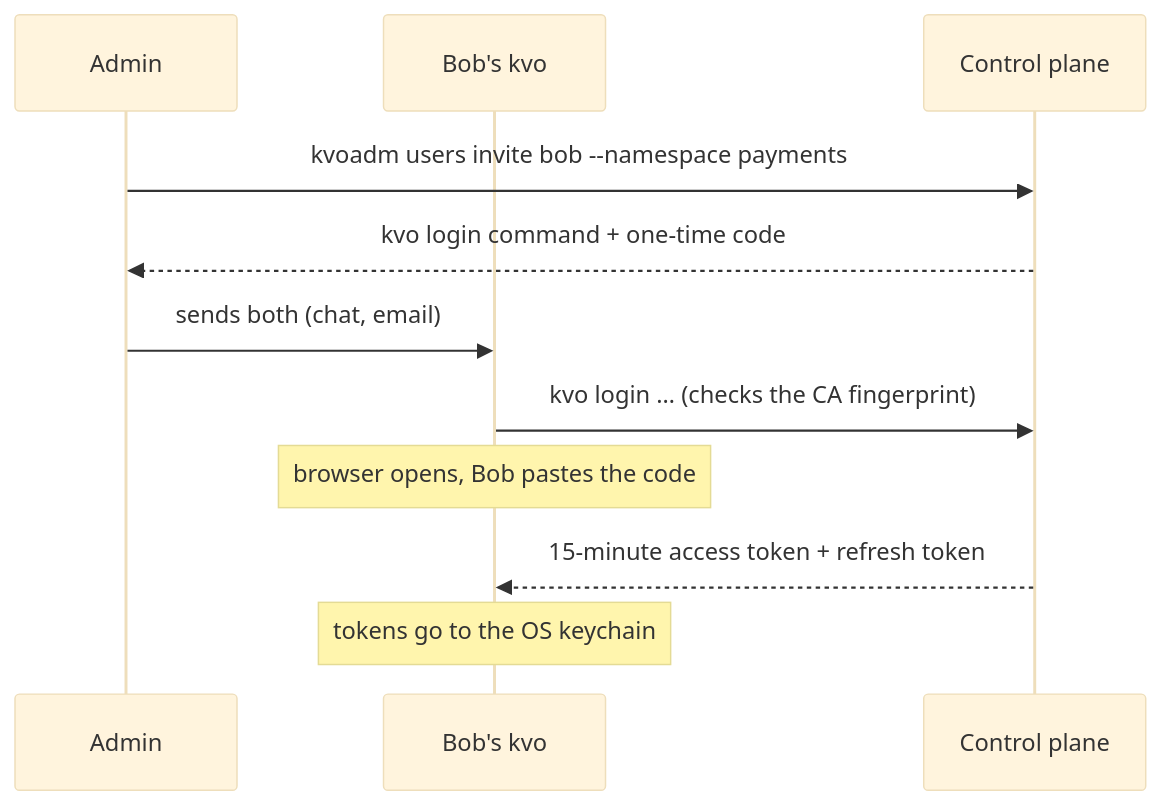
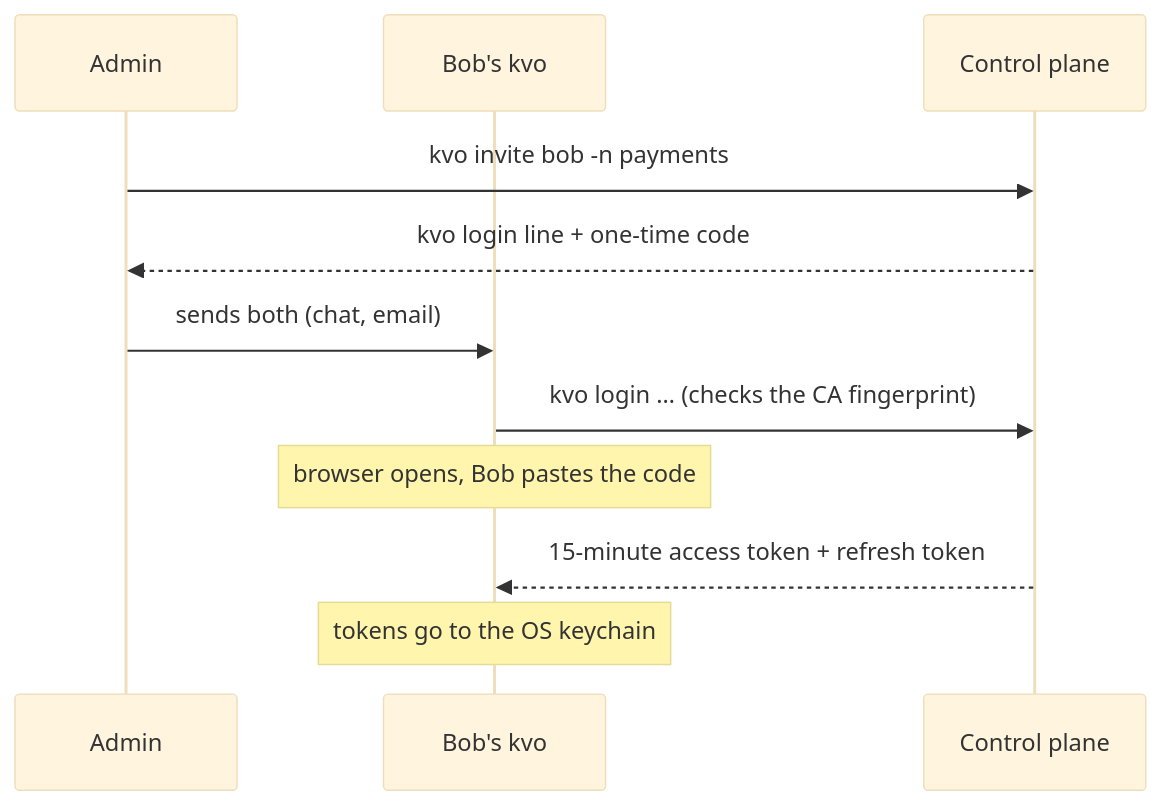
Before and after one commit to dlebee/kevaso-docs: the diagram in admin/access.md, drawn with Mermaid (base theme). The commit also changed other lines of this file and 6 other files, not shown here.

First line of the commit message:
kvo invite, sign-in in plain words, and rc.8 on the install pages

````diff
--- a/admin/access.md
+++ b/admin/access.md
@@ -24,13 +24,13 @@
 ```mermaid
 sequenceDiagram
   participant Admin
   participant Bob as Bob's kvo
   participant CP as Control plane
-  Admin->>CP: kvoadm users invite bob --namespace payments
-  CP-->>Admin: kvo login command + one-time code
+  Admin->>CP: kvo invite bob -n payments
+  CP-->>Admin: kvo login line + one-time code
   Admin->>Bob: sends both (chat, email)
   Bob->>CP: kvo login … (checks the CA fingerprint)
   Note over Bob: browser opens, Bob pastes the code
   CP-->>Bob: 15-minute access token + refresh token
   Note over Bob: tokens go to the OS keychain
 ```
````
